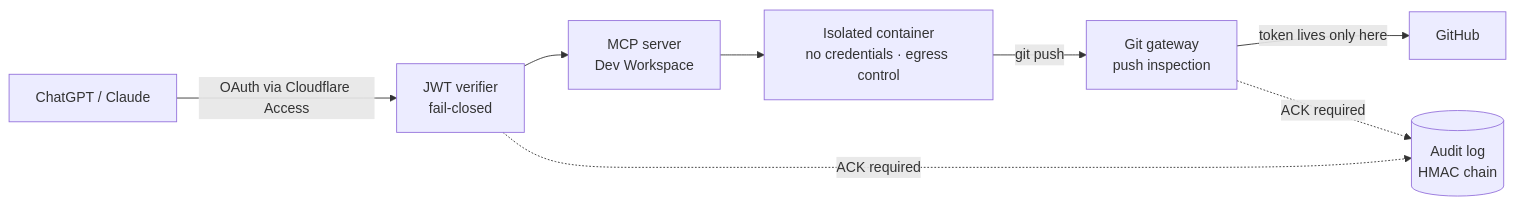
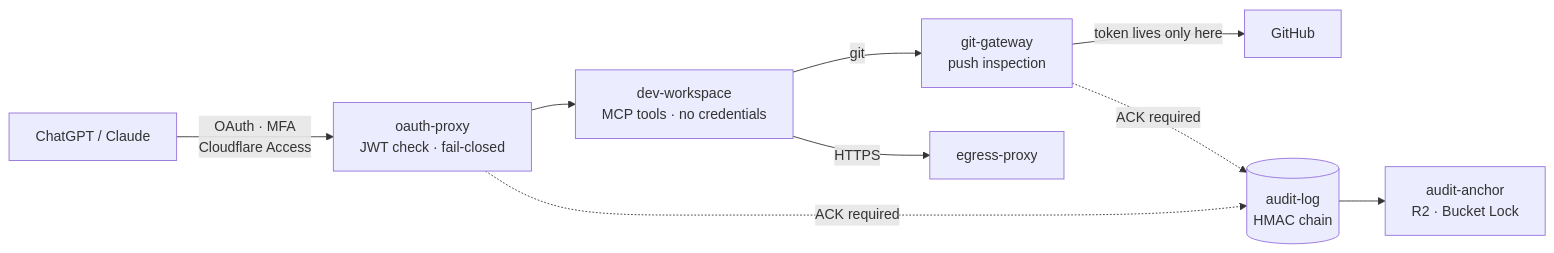
One commit to wesley-isaias/wesley-isaias changed the diagram in projects/mcp.md. Above: the diagram before and after it, drawn with Mermaid. The commit also changed other lines of this file and 6 other files, not shown here.

First line of the commit message:
docs: present Zayuni DevWS as the live MCP server

````diff
--- a/projects/mcp.md
+++ b/projects/mcp.md
@@ -20,10 +20,11 @@
 ```mermaid
 flowchart LR
-  C[ChatGPT / Claude] -->|OAuth via Cloudflare Access| V[JWT verifier<br>fail-closed]
-  V --> M[MCP server<br>Dev Workspace]
-  M --> WS[Isolated container<br>no credentials · egress control]
-  WS -->|git push| G[Git gateway<br>push inspection]
+  C[ChatGPT / Claude] -->|OAuth · MFA<br>Cloudflare Access| V[oauth-proxy<br>JWT check · fail-closed]
+  V --> M[dev-workspace<br>MCP tools · no credentials]
+  M -->|git| G[git-gateway<br>push inspection]
   G -->|token lives only here| GH[GitHub]
-  V -. ACK required .-> A[(Audit log<br>HMAC chain)]
+  M -->|HTTPS| E[egress-proxy]
+  V -. ACK required .-> A[(audit-log<br>HMAC chain)]
   G -. ACK required .-> A
+  A --> K[audit-anchor<br>R2 · Bucket Lock]
 ```
````
